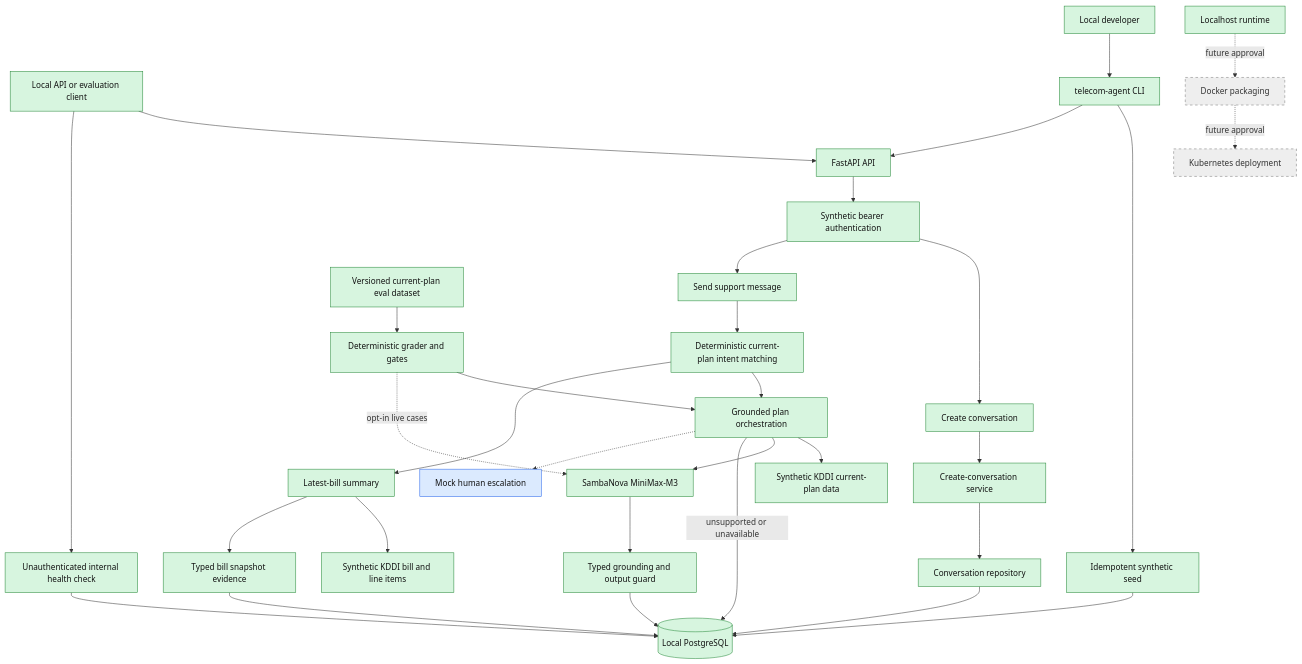
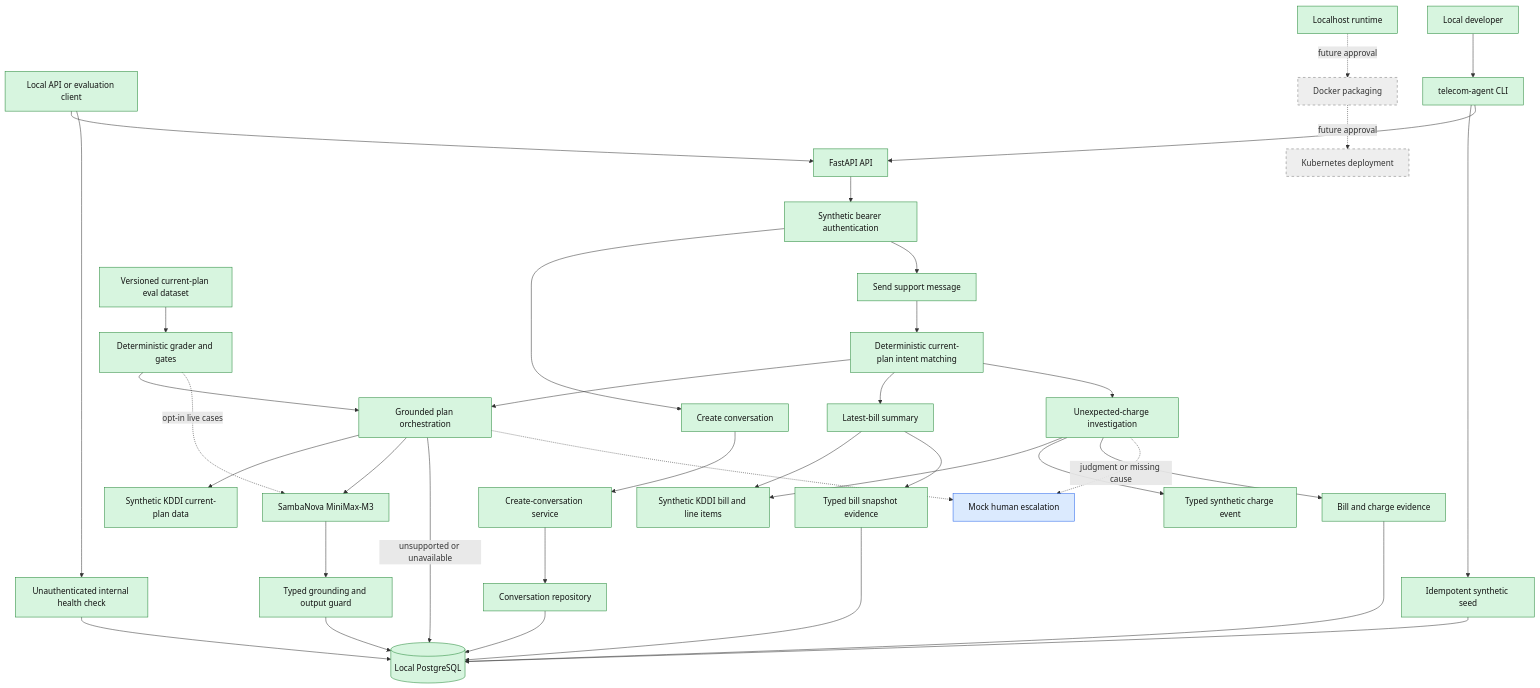
Before and after one commit to reggie-lu/codex-telecom-agent-workspace: the diagram in docs/ARCHITECTURE.md, drawn with Mermaid. The commit also changed other lines of this file and 22 other files, not shown here.

Commit message:
Add grounded unexpected charge investigation

````diff
--- a/docs/ARCHITECTURE.md
+++ b/docs/ARCHITECTURE.md
@@ -181,49 +196,57 @@
 ```mermaid
 flowchart TB
     Client[Local API or evaluation client] --> API[FastAPI API]
     API --> Auth[Synthetic bearer authentication]
     Client --> Health[Unauthenticated internal health check]
     Health --> DB
 
     Developer[Local developer] --> CLI[telecom-agent CLI]
     CLI --> Seed[Idempotent synthetic seed]
     Seed --> DB
     CLI --> API
 
     Auth --> Create[Create conversation]
     Create --> ConversationService[Create-conversation service]
     ConversationService --> ConversationRepo[Conversation repository]
     ConversationRepo --> DB[(Local PostgreSQL)]
 
     Auth --> Message[Send support message]
     Message --> Intent[Deterministic current-plan intent matching]
     Intent --> Support[Grounded plan orchestration]
     Support --> KDDI[Synthetic KDDI current-plan data]
     Support --> Model[SambaNova MiniMax-M3]
     Model --> Guard[Typed grounding and output guard]
     Guard --> DB
     Support -->|unsupported or unavailable| DB
     Support -.-> Escalation[Mock human escalation]
 
     Intent --> BillSupport[Latest-bill summary]
     BillSupport --> BillData[Synthetic KDDI bill and line items]
     BillSupport --> BillEvidence[Typed bill snapshot evidence]
     BillEvidence --> DB
 
+    Intent --> ChargeInvestigation[Unexpected-charge investigation]
+    ChargeInvestigation --> BillData
+    ChargeInvestigation --> ChargeData[Typed synthetic charge event]
+    ChargeInvestigation --> ChargeEvidence[Bill and charge evidence]
+    ChargeEvidence --> DB
+    ChargeInvestigation -. judgment or missing cause .-> Escalation
+
     Dataset[Versioned current-plan eval dataset] --> Eval[Deterministic grader and gates]
     Eval --> Support
     Eval -. opt-in live cases .-> Model
 
     Local[Localhost runtime] -. future approval .-> Docker[Docker packaging]
     Docker -. future approval .-> K8s[Kubernetes deployment]
 
     classDef implemented fill:#d7f5df,stroke:#238636,color:#111
     classDef agreed fill:#dbeafe,stroke:#2563eb,color:#111
     classDef deferred fill:#eeeeee,stroke:#777,color:#333,stroke-dasharray:5 5
 
     class Client,API,Auth,Health,Developer,CLI,Seed,Create,ConversationService,ConversationRepo,Message,Intent,Support,KDDI,Guard,Model,DB,Local implemented
     class Escalation agreed
+    class ChargeInvestigation,ChargeData,ChargeEvidence implemented
     class BillSupport,BillData,BillEvidence implemented
     class Dataset,Eval implemented
     class Docker,K8s deferred
 ```
````
